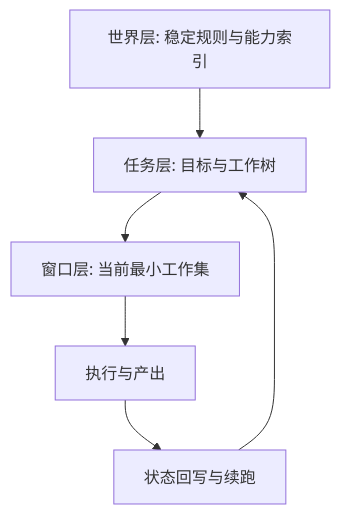
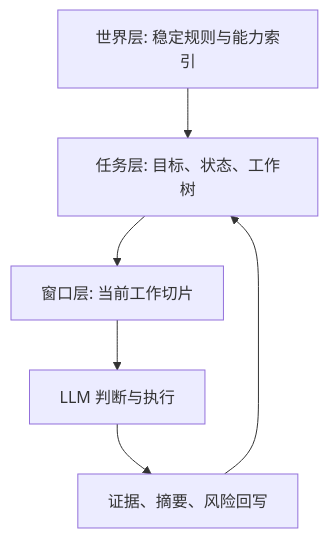
The diagram in docs/architecture/runtime-principles-for-newcomers.md (GSY707/Project-Yggdrasil), drawn with Mermaid before and after one commit. The commit also changed other lines of this file and 65 other files, not shown here.

````diff
--- a/docs/architecture/runtime-principles-for-newcomers.md
+++ b/docs/architecture/runtime-principles-for-newcomers.md
@@ -30,8 +25,8 @@
 ```mermaid
 flowchart TD
-    A[世界层: 稳定规则与能力索引] --> B[任务层: 目标与工作树]
-    B --> C[窗口层: 当前最小工作集]
-    C --> D[执行与产出]
-    D --> E[状态回写与续跑]
+    A[世界层: 稳定规则与能力索引] --> B[任务层: 目标、状态、工作树]
+    B --> C[窗口层: 当前工作切片]
+    C --> D[LLM 判断与执行]
+    D --> E[证据、摘要、风险回写]
     E --> B
 ```
````
